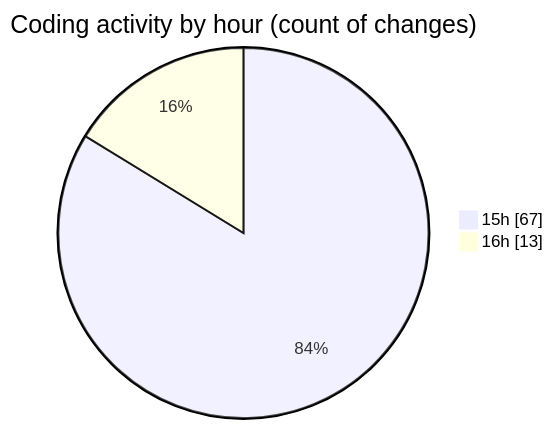
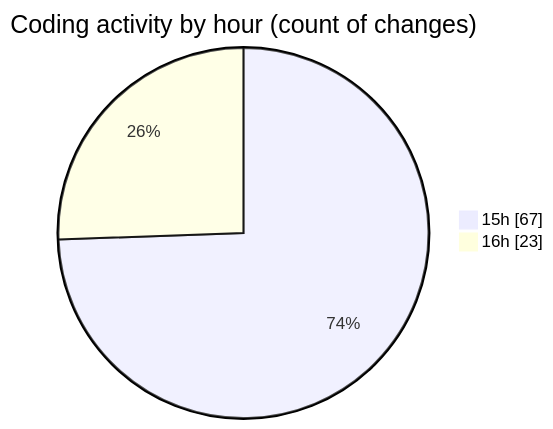
One commit to IJAZ3593/code-tracking changed the second of 2 diagrams in 2025-09-01/project_3/README.md. Above: the diagram before and after it, drawn with Mermaid. The commit also changed other lines of this file and 1 other file, not shown here.

````diff
--- a/2025-09-01/project_3/README.md
+++ b/2025-09-01/project_3/README.md
@@ -36,6 +36,6 @@
 ```mermaid
 pie showData
 title Coding activity by hour (count of changes)
 "15h" : 67
-"16h" : 13
+"16h" : 23
 ```
````
